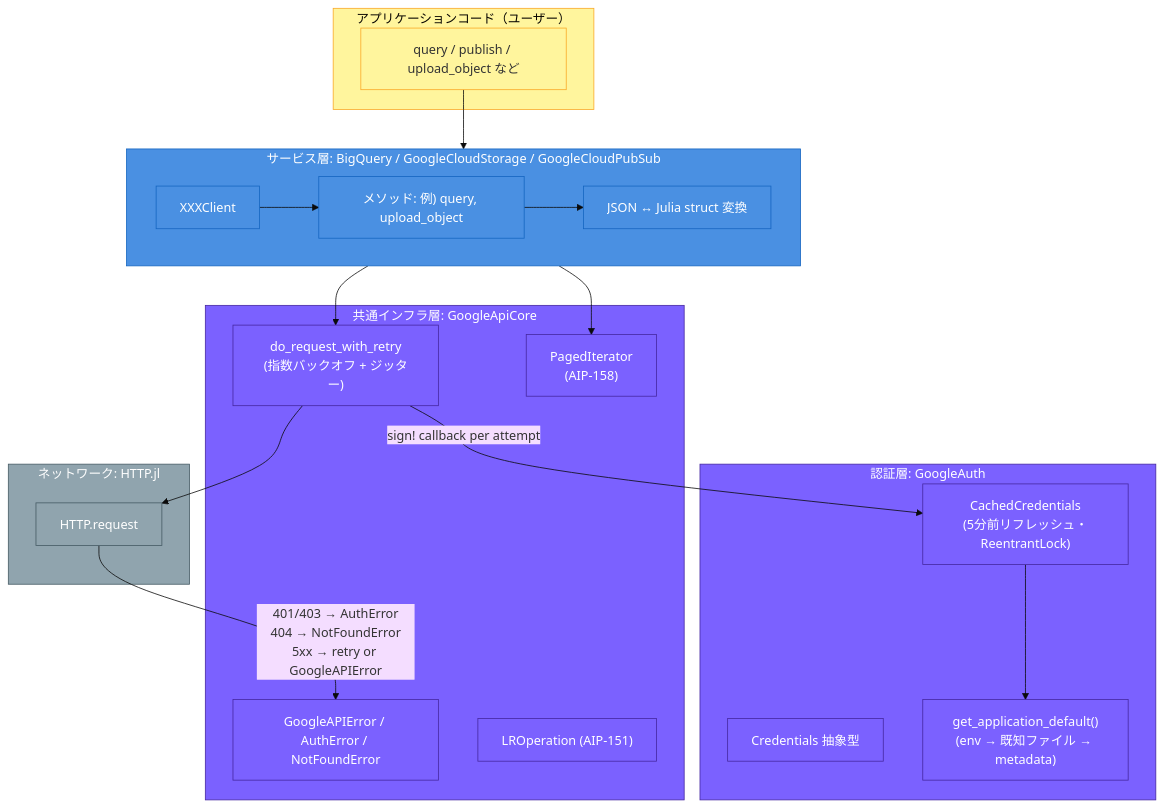
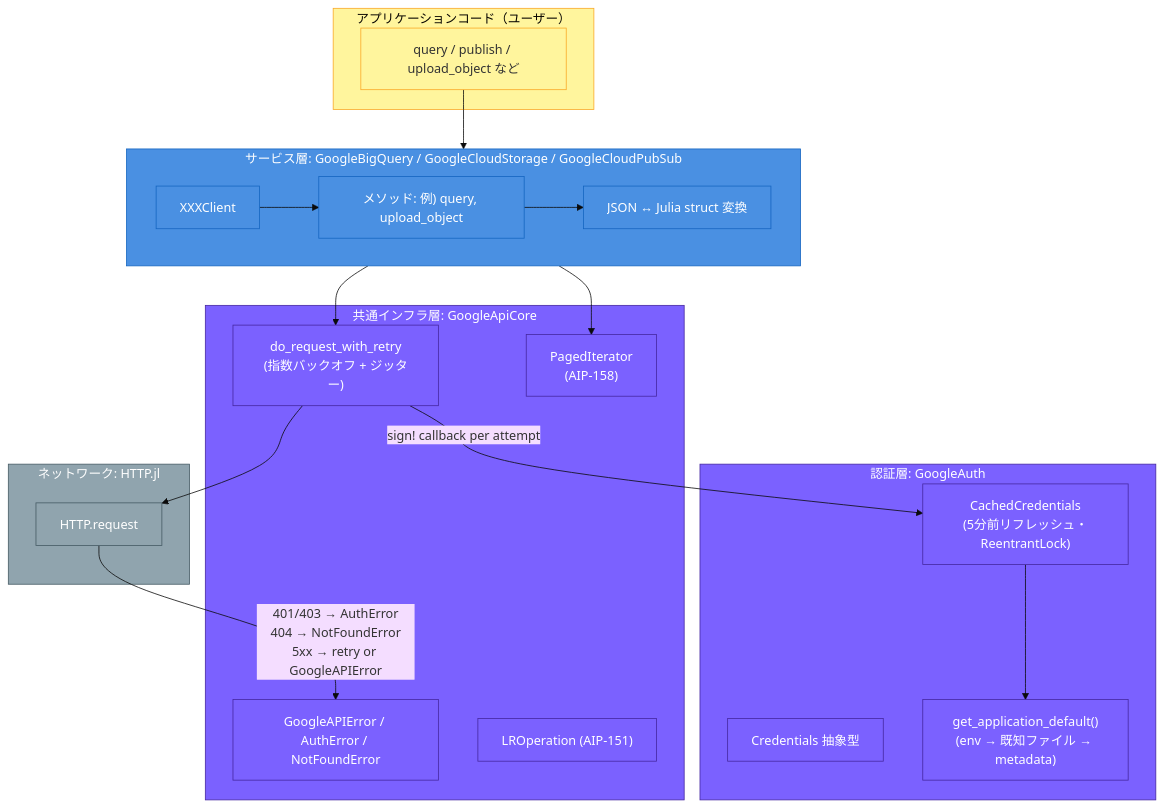
One commit to takuizum/GoogleCloudAPIs.jl changed the second of 15 diagrams in ARCHITECTURE.md. Above: the diagram before and after it, drawn with Mermaid (base theme). The commit also changed other lines of this file and 27 other files, not shown here.

First line of the commit message:
rename: BigQuery.jl -> GoogleBigQuery.jl (package + module) (#29)

````diff
--- a/ARCHITECTURE.md
+++ b/ARCHITECTURE.md
@@ -157,47 +157,47 @@
 ```mermaid
 flowchart TB
     subgraph App["アプリケーションコード（ユーザー）"]
         U[query / publish / upload_object など]
     end
 
-    subgraph Service["サービス層: BigQuery / GoogleCloudStorage / GoogleCloudPubSub"]
+    subgraph Service["サービス層: GoogleBigQuery / GoogleCloudStorage / GoogleCloudPubSub"]
         direction LR
         Client["XXXClient"] --> Method["メソッド: 例) query, upload_object"]
         Method --> Parser["JSON ↔ Julia struct 変換"]
     end
 
     subgraph CoreLayer["共通インフラ層: GoogleApiCore"]
         Retry["do_request_with_retry<br/>(指数バックオフ + ジッター)"]
         Page["PagedIterator<br/>(AIP-158)"]
         Errs["GoogleAPIError / AuthError / NotFoundError"]
         LRO["LROperation (AIP-151)"]
     end
 
     subgraph AuthLayer["認証層: GoogleAuth"]
         Creds["Credentials 抽象型"]
         Cached["CachedCredentials<br/>(5分前リフレッシュ・ReentrantLock)"]
         ADC["get_application_default()<br/>(env → 既知ファイル → metadata)"]
     end
 
     subgraph Network["ネットワーク: HTTP.jl"]
         HTTP["HTTP.request"]
     end
 
     U --> Client
     Method --> Retry
     Method --> Page
     Retry -- "sign! callback per attempt" --> Cached
     Cached --> ADC
     Retry --> HTTP
     HTTP -- "401/403 → AuthError<br/>404 → NotFoundError<br/>5xx → retry or GoogleAPIError" --> Errs
 
     classDef app fill:#FFF59D,stroke:#F9A825
     classDef svc fill:#4A90E2,stroke:#1565C0,color:#fff
     classDef core fill:#7B61FF,stroke:#4527A0,color:#fff
     classDef net fill:#90A4AE,stroke:#455A64,color:#fff
 
     class App,U app
     class Service,Client,Method,Parser svc
     class CoreLayer,Retry,Page,Errs,LRO,AuthLayer,Creds,Cached,ADC core
     class Network,HTTP net
 ```
````
